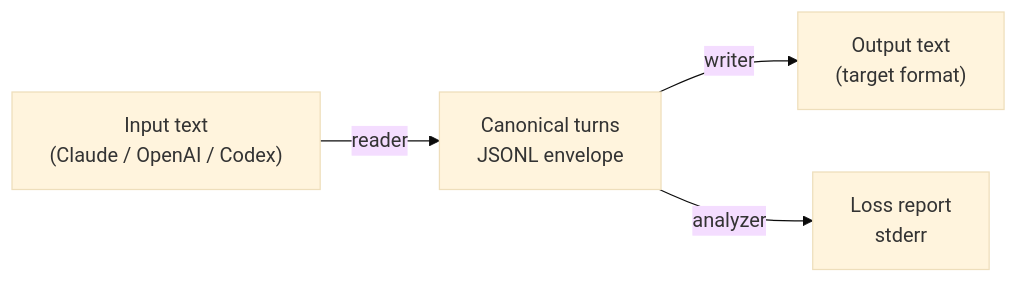
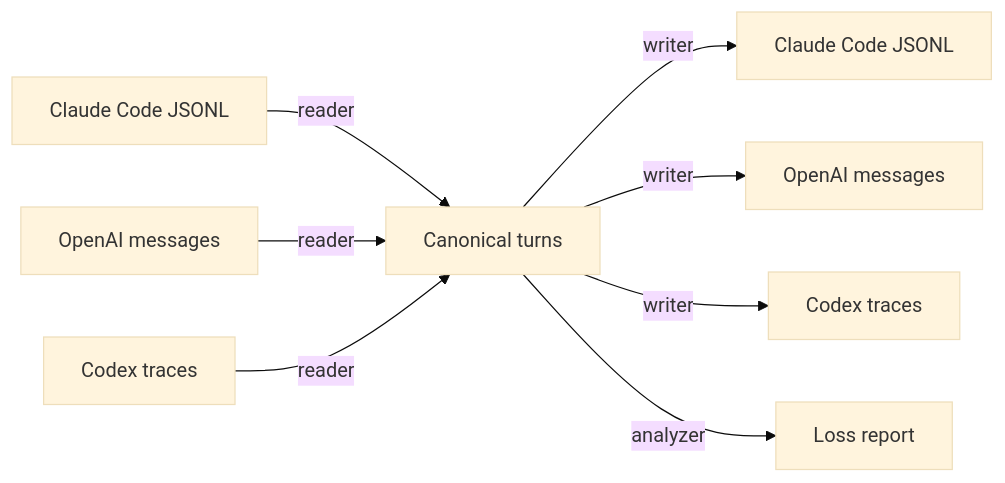
One commit to Victorchatter/transcript-bridge changed the first of 2 diagrams in README.md. Above: the diagram before and after it, drawn with Mermaid (base theme). The commit also changed other lines of this file, not shown here.

````diff
--- a/README.md
+++ b/README.md
@@ -200,6 +60,10 @@
 ```mermaid
 flowchart LR
-    A["Input text\n(Claude / OpenAI / Codex)"] -- reader --> B["Canonical turns\nJSONL envelope"]
-    B -- writer --> C["Output text\n(target format)"]
-    B -- analyzer --> D["Loss report\nstderr"]
+    A["Claude Code JSONL"] -- reader --> C["Canonical turns"]
+    B["OpenAI messages"] -- reader --> C
+    D["Codex traces"] -- reader --> C
+    C -- writer --> E["Claude Code JSONL"]
+    C -- writer --> F["OpenAI messages"]
+    C -- writer --> G["Codex traces"]
+    C -- analyzer --> H["Loss report"]
 ```
````
